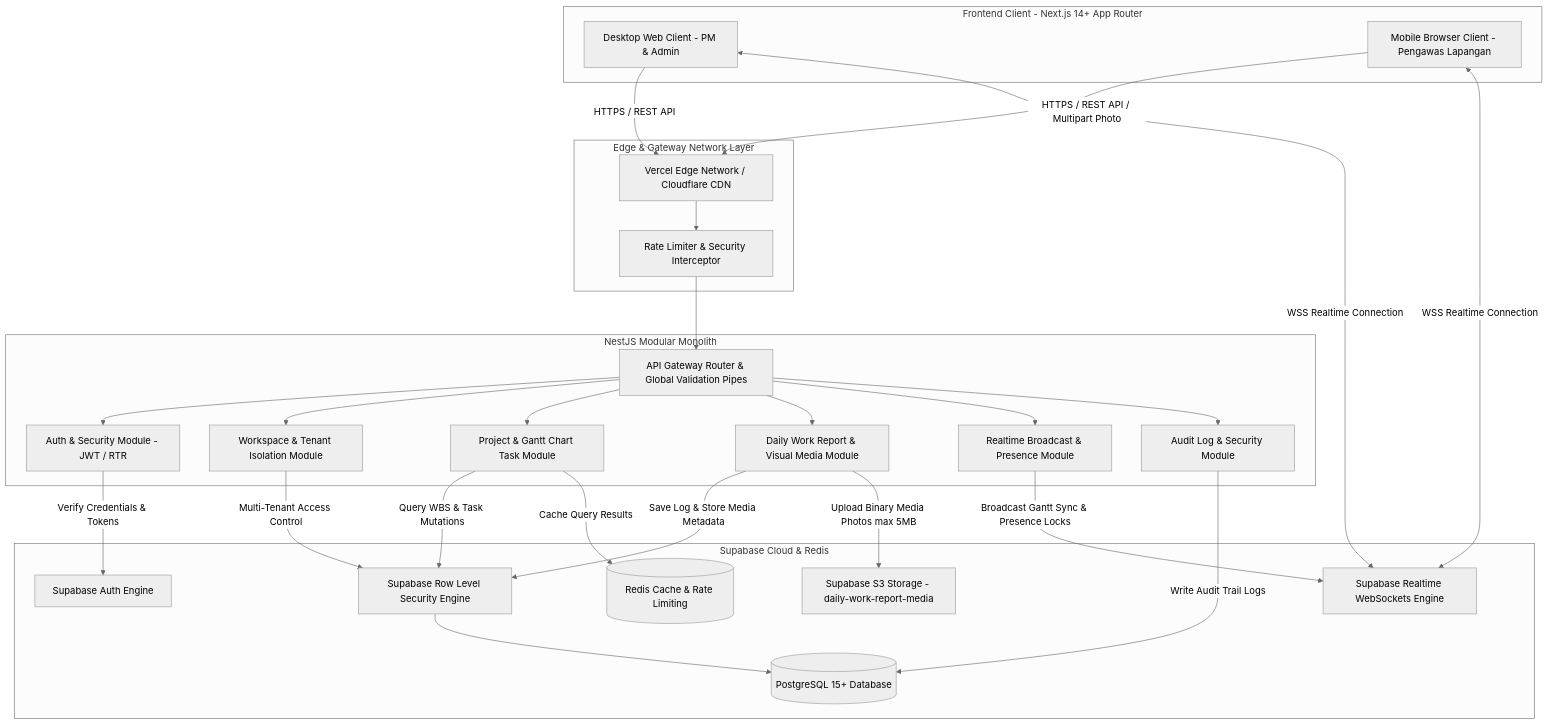
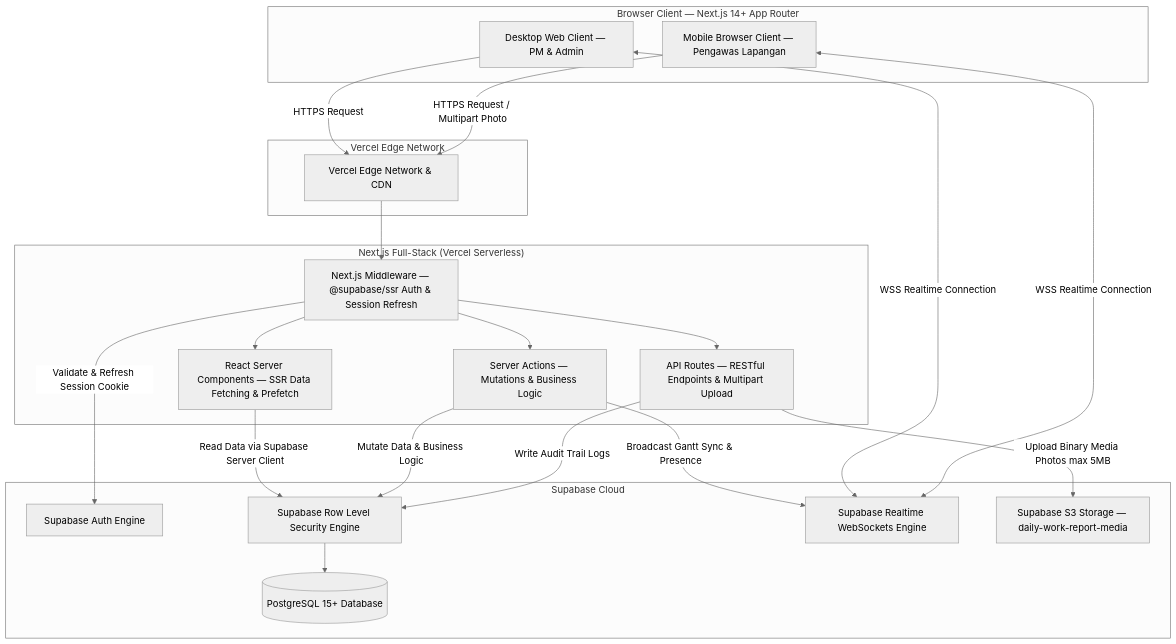
Before and after one commit to ilhamridzuan/Constive: the first of 3 diagrams in docs/Technical Design Document_ Constive.md, drawn with Mermaid (neutral theme). The commit also changed other lines of this file and 143 other files, not shown here.

Commit message:
chore: restructure project and initialize backend strucuture. Also updating docs

````diff
--- a/docs/Technical Design Document_ Constive.md
+++ b/docs/Technical Design Document_ Constive.md
@@ -32,57 +30,45 @@
 ```mermaid
 graph TD
-    subgraph Client Layer [Frontend Client - Next.js 14+ App Router]
-        WA[Desktop Web Client - PM & Admin]
-        MS[Mobile Browser Client - Pengawas Lapangan]
+    subgraph Client Layer ["Browser Client — Next.js 14+ App Router"]
+        WA["Desktop Web Client — PM & Admin"]
+        MS["Mobile Browser Client — Pengawas Lapangan"]
     end
 
-    subgraph Edge & Gateway Network Layer
-        CDN[Vercel Edge Network / Cloudflare CDN]
-        RL[Rate Limiter & Security Interceptor]
+    subgraph Edge Layer ["Vercel Edge Network"]
+        CDN["Vercel Edge Network & CDN"]
     end
 
-    subgraph Backend Application Layer [NestJS Modular Monolith]
-        AG[API Gateway Router & Global Validation Pipes]
-        AM[Auth & Security Module - JWT / RTR]
-        WM[Workspace & Tenant Isolation Module]
-        PM[Project & Gantt Chart Task Module]
-        DWRM[Daily Work Report & Visual Media Module]
-        NM[Realtime Broadcast & Presence Module]
-        ALM[Audit Log & Security Module]
+    subgraph Next.js Application Layer ["Next.js Full-Stack (Vercel Serverless)"]
+        MW["Next.js Middleware — @supabase/ssr Auth & Session Refresh"]
+        SC["React Server Components — SSR Data Fetching & Prefetch"]
+        SA_ACT["Server Actions — Mutations & Business Logic"]
+        AR["API Routes — RESTful Endpoints & Multipart Upload"]
     end
 
-    subgraph Persistence & BaaS Infrastructure Layer [Supabase Cloud & Redis]
-        SA[Supabase Auth Engine]
-        DB[(PostgreSQL 15+ Database)]
-        RLS[Supabase Row Level Security Engine]
-        RC[(Redis Cache & Rate Limiting)]
-        WS[Supabase Realtime WebSockets Engine]
-        S3[Supabase S3 Storage - daily-work-report-media]
+    subgraph Persistence & BaaS Layer ["Supabase Cloud"]
+        SA["Supabase Auth Engine"]
+        DB[("PostgreSQL 15+ Database")]
+        RLS["Supabase Row Level Security Engine"]
+        WS["Supabase Realtime WebSockets Engine"]
+        S3["Supabase S3 Storage — daily-work-report-media"]
     end
 
-    WA -->|HTTPS / REST API| CDN
-    MS -->|HTTPS / REST API / Multipart Photo| CDN
-    CDN --> RL
-    RL --> AG
+    WA -->|"HTTPS Request"| CDN
+    MS -->|"HTTPS Request / Multipart Photo"| CDN
+    CDN --> MW
 
-    AG --> AM
-    AG --> WM
-    AG --> PM
-    AG --> DWRM
-    AG --> NM
-    AG --> ALM
+    MW -->|"Validate & Refresh Session Cookie"| SA
+    MW --> SC
+    MW --> SA_ACT
+    MW --> AR
 
-    AM -->|Verify Credentials & Tokens| SA
-    WM -->|Multi-Tenant Access Control| RLS
-    PM -->|Query WBS & Task Mutations| RLS
-    DWRM -->|Save Log & Store Media Metadata| RLS
-    DWRM -->|Upload Binary Media Photos max 5MB| S3
-    ALM -->|Write Audit Trail Logs| DB
+    SC -->|"Read Data via Supabase Server Client"| RLS
+    SA_ACT -->|"Mutate Data & Business Logic"| RLS
+    SA_ACT -->|"Broadcast Gantt Sync & Presence"| WS
+    AR -->|"Upload Binary Media Photos max 5MB"| S3
+    AR -->|"Write Audit Trail Logs"| RLS
     RLS --> DB
 
-    PM -->|Cache Query Results| RC
-    NM -->|Broadcast Gantt Sync & Presence Locks| WS
-
-    WA <-->|WSS Realtime Connection| WS
-    MS <-->|WSS Realtime Connection| WS
+    WA <-->|"WSS Realtime Connection"| WS
+    MS <-->|"WSS Realtime Connection"| WS
 ```
````
